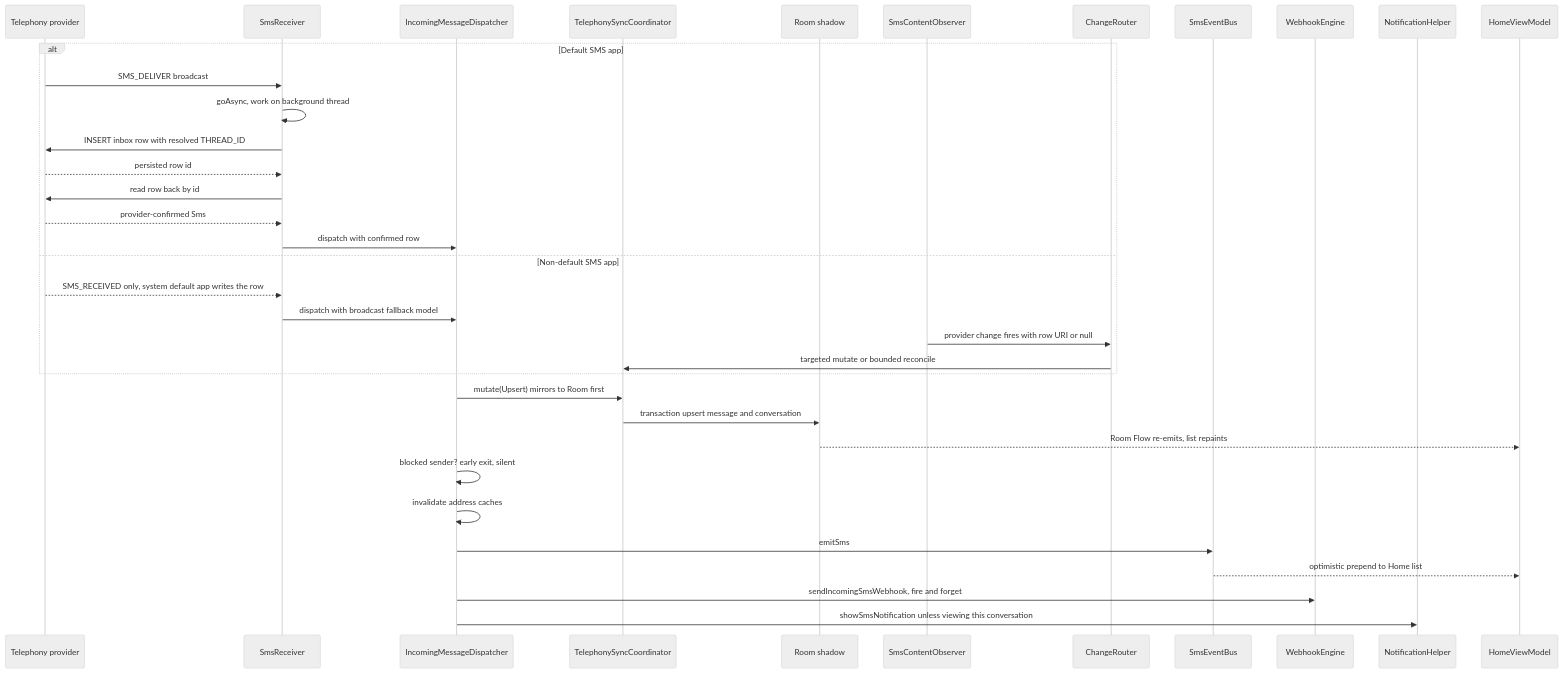
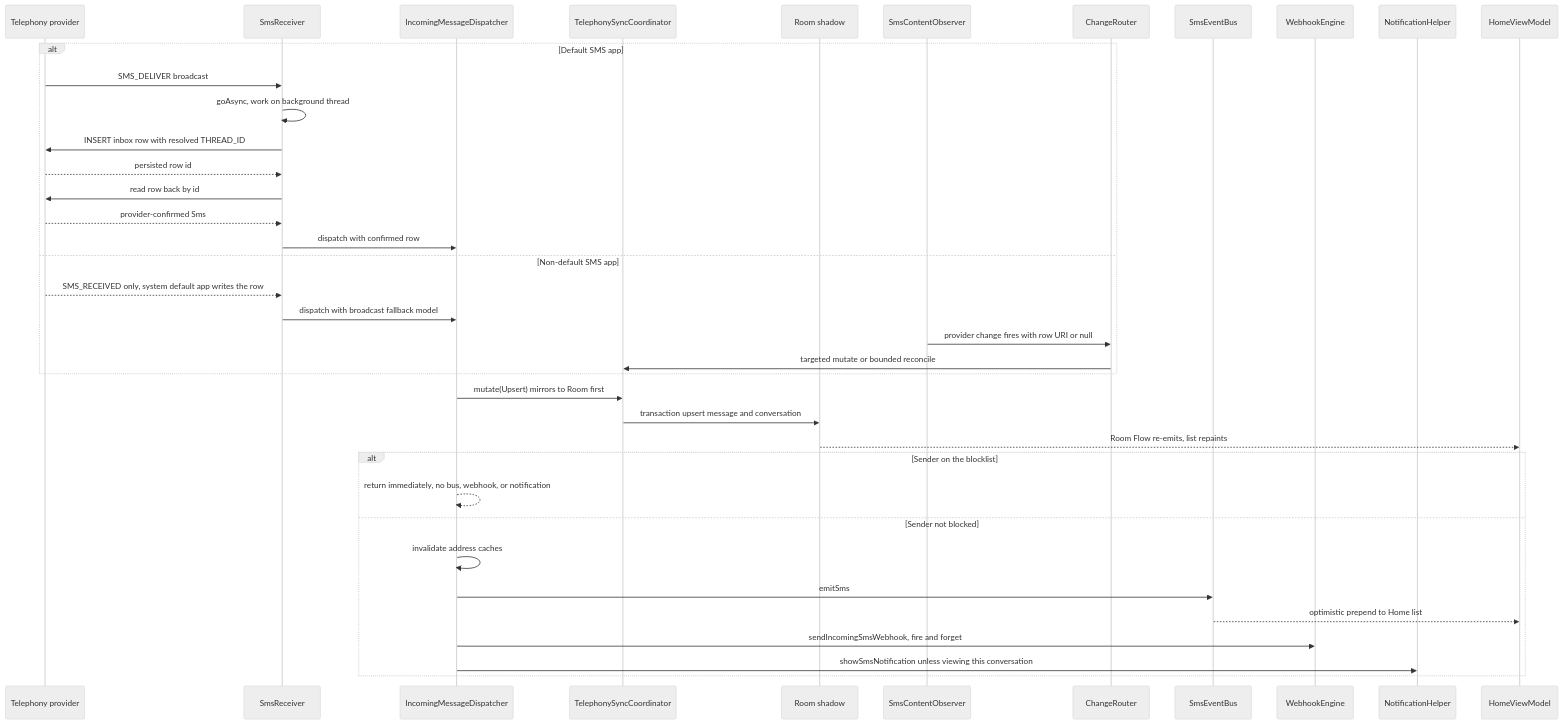
Before and after one commit to aibedini/Messages: the diagram in openwiki/workflows/incoming-message-pipeline.md, drawn with Mermaid (neutral theme). The commit also changed other lines of this file and 41 other files, not shown here.

````diff
--- a/openwiki/workflows/incoming-message-pipeline.md
+++ b/openwiki/workflows/incoming-message-pipeline.md
@@ -68,39 +70,43 @@
 ```mermaid
 sequenceDiagram
     participant P as Telephony provider
     participant SR as SmsReceiver
     participant D as IncomingMessageDispatcher
     participant C as TelephonySyncCoordinator
     participant RM as Room shadow
     participant OBS as SmsContentObserver
     participant CR as ChangeRouter
     participant CB as SmsEventBus
     participant W as WebhookEngine
     participant N as NotificationHelper
     participant H as HomeViewModel
 
     alt Default SMS app
         P->>SR: SMS_DELIVER broadcast
         SR->>SR: goAsync, work on background thread
         SR->>P: INSERT inbox row with resolved THREAD_ID
         P-->>SR: persisted row id
         SR->>P: read row back by id
         P-->>SR: provider-confirmed Sms
         SR->>D: dispatch with confirmed row
     else Non-default SMS app
         P-->>SR: SMS_RECEIVED only, system default app writes the row
         SR->>D: dispatch with broadcast fallback model
         OBS->>CR: provider change fires with row URI or null
         CR->>C: targeted mutate or bounded reconcile
     end
 
     D->>C: mutate(Upsert) mirrors to Room first
     C->>RM: transaction upsert message and conversation
     RM-->>H: Room Flow re-emits, list repaints
-    D->>D: blocked sender? early exit, silent
-    D->>D: invalidate address caches
-    D->>CB: emitSms
-    CB-->>H: optimistic prepend to Home list
-    D->>W: sendIncomingSmsWebhook, fire and forget
-    D->>N: showSmsNotification unless viewing this conversation
+
+    alt Sender on the blocklist
+        D-->>D: return immediately, no bus, webhook, or notification
+    else Sender not blocked
+        D->>D: invalidate address caches
+        D->>CB: emitSms
+        CB-->>H: optimistic prepend to Home list
+        D->>W: sendIncomingSmsWebhook, fire and forget
+        D->>N: showSmsNotification unless viewing this conversation
+    end
 ```
````
